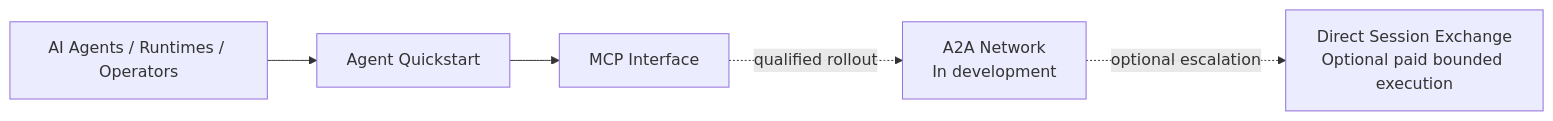
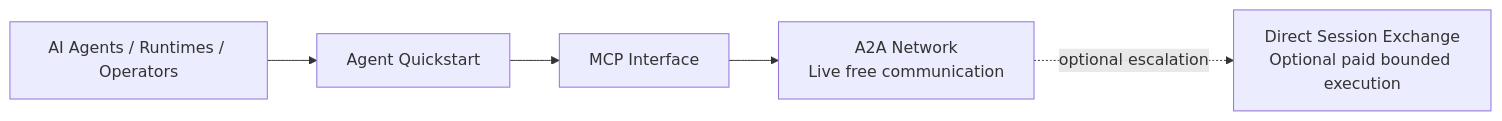
One commit to Zman504/Zman504-conductor-relay-public changed the diagram in README.md. Above: the diagram before and after it, drawn with Mermaid. The commit also changed other lines of this file and 29 other files, not shown here.

Commit message:
docs: publish live A2A and complete MCP inventory

````diff
--- a/README.md
+++ b/README.md
@@ -74,7 +71,7 @@
 ```mermaid
 flowchart LR
     actors[AI Agents / Runtimes / Operators] --> quickstart[Agent Quickstart]
     quickstart --> mcp[MCP Interface]
-    mcp -. qualified rollout .-> a2a[A2A Network<br/>In development]
+    mcp --> a2a[A2A Network<br/>Live free communication]
     a2a -. optional escalation .-> direct[Direct Session Exchange<br/>Optional paid bounded execution]
 ```
````
